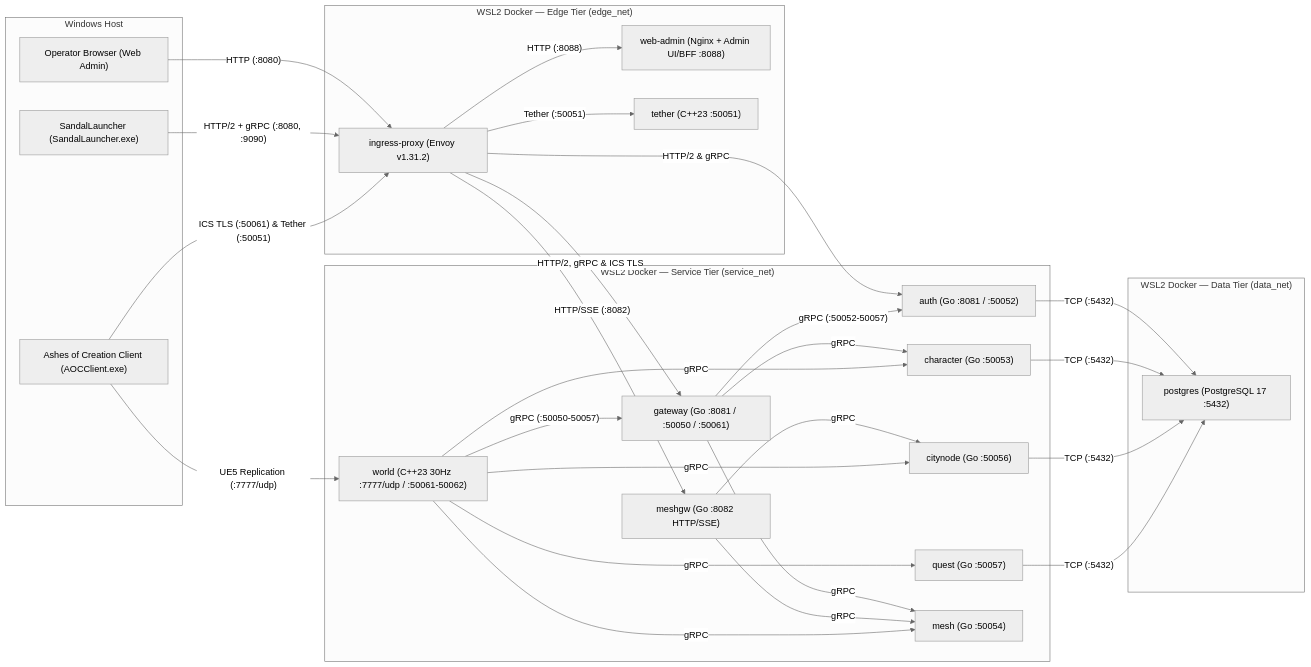
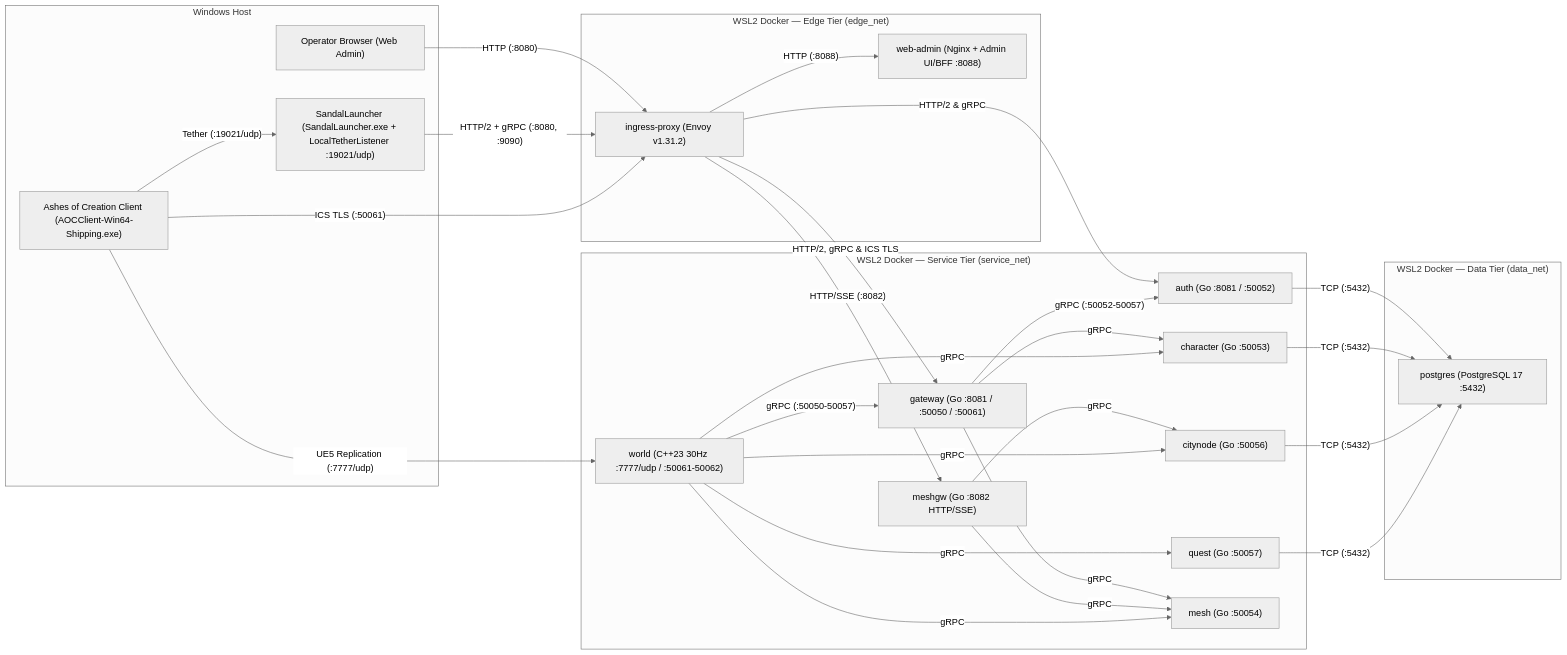
The diagram in README.md (debuggin/SandalCore), drawn with Mermaid (neutral theme) before and after one commit. The commit also changed other lines of this file and 52 other files, not shown here.

First line of the commit message:
feat(launcher): unify UI on .NET 10, drop tether, and expand API E2E

````diff
--- a/README.md
+++ b/README.md
@@ -26,56 +26,55 @@
 ```mermaid
 flowchart LR
     subgraph host_win["Windows Host"]
-        launcher["SandalLauncher (SandalLauncher.exe)"]
-        client["Ashes of Creation Client (AOCClient.exe)"]
+        launcher["SandalLauncher (SandalLauncher.exe + LocalTetherListener :19021/udp)"]
+        client["Ashes of Creation Client (AOCClient-Win64-Shipping.exe)"]
         browser["Operator Browser (Web Admin)"]
     end
 
     subgraph edge_net["WSL2 Docker — Edge Tier (edge_net)"]
         envoy["ingress-proxy (Envoy v1.31.2)"]
         webadmin["web-admin (Nginx + Admin UI/BFF :8088)"]
-        tether["tether (C++23 :50051)"]
     end
 
     subgraph service_net["WSL2 Docker — Service Tier (service_net)"]
         gateway["gateway (Go :8081 / :50050 / :50061)"]
         auth["auth (Go :8081 / :50052)"]
         character["character (Go :50053)"]
         citynode["citynode (Go :50056)"]
         quest["quest (Go :50057)"]
         mesh["mesh (Go :50054)"]
         meshgw["meshgw (Go :8082 HTTP/SSE)"]
         world["world (C++23 30Hz :7777/udp / :50061-50062)"]
     end
 
     subgraph data_net["WSL2 Docker — Data Tier (data_net)"]
         postgres["postgres (PostgreSQL 17 :5432)"]
     end
 
     browser -->|"HTTP (:8080)"| envoy
     launcher -->|"HTTP/2 + gRPC (:8080, :9090)"| envoy
-    client -->|"ICS TLS (:50061) & Tether (:50051)"| envoy
+    client -->|"Tether (:19021/udp)"| launcher
+    client -->|"ICS TLS (:50061)"| envoy
     client -->|"UE5 Replication (:7777/udp)"| world
 
     envoy -->|"HTTP (:8088)"| webadmin
-    envoy -->|"Tether (:50051)"| tether
     envoy -->|"HTTP/2, gRPC & ICS TLS"| gateway
     envoy -->|"HTTP/2 & gRPC"| auth
     envoy -->|"HTTP/SSE (:8082)"| meshgw
 
     gateway -->|"gRPC (:50052-50057)"| auth
     gateway -->|"gRPC"| character
     gateway -->|"gRPC"| mesh
     meshgw -->|"gRPC"| mesh
     meshgw -->|"gRPC"| citynode
     world -->|"gRPC (:50050-50057)"| gateway
     world -->|"gRPC"| character
     world -->|"gRPC"| citynode
     world -->|"gRPC"| quest
     world -->|"gRPC"| mesh
 
     auth -->|"TCP (:5432)"| postgres
     character -->|"TCP (:5432)"| postgres
     citynode -->|"TCP (:5432)"| postgres
     quest -->|"TCP (:5432)"| postgres
 ```
````
